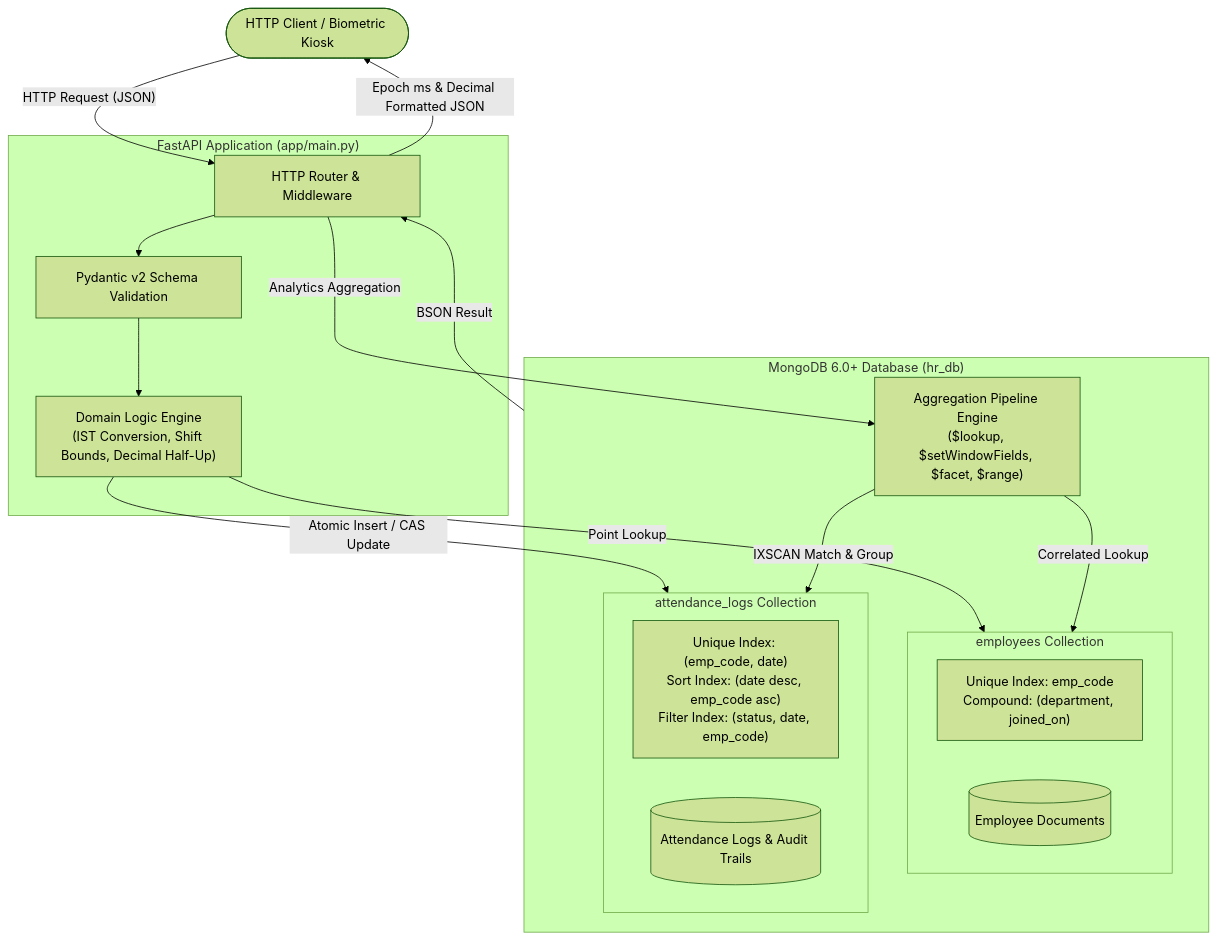
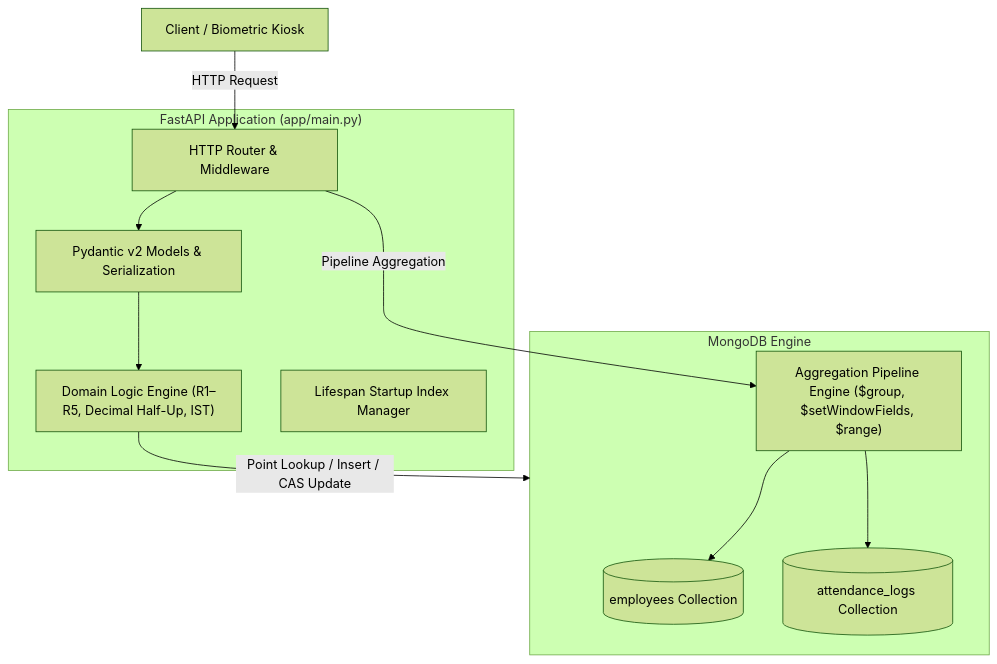
Before and after one commit to adisri19/chronexa: the first of 5 diagrams in README.md, drawn with Mermaid (forest theme). The commit also changed other lines of this file, not shown here.

Commit message:
docs: rewrite README with verified architecture, boundary rules, and benchmarks

````diff
--- a/README.md
+++ b/README.md
@@ -74,35 +179,25 @@
 ```mermaid
 flowchart TD
-    Client(["HTTP Client / Biometric Kiosk"])
-
-    subgraph FastAPI ["FastAPI Application (app/main.py)"]
+    Client["Client / Biometric Kiosk"]
+    
+    subgraph App ["FastAPI Application (app/main.py)"]
         Router["HTTP Router & Middleware"]
-        Validator["Pydantic v2 Schema Validation"]
-        Domain["Domain Logic Engine<br/>(IST Conversion, Shift Bounds, Decimal Half-Up)"]
+        Validation["Pydantic v2 Models & Serialization"]
+        Helpers["Domain Logic Engine (R1–R5, Decimal Half-Up, IST)"]
+        Lifespan["Lifespan Startup Index Manager"]
     end
-
-    subgraph MongoDB ["MongoDB 6.0+ Database (hr_db)"]
-        subgraph EmployeesColl ["employees Collection"]
-            EmpIdx["Unique Index: emp_code<br/>Compound: (department, joined_on)"]
-            EmpDoc[("Employee Documents")]
-        end
-
-        subgraph AttendanceColl ["attendance_logs Collection"]
-            AttIdx["Unique Index: (emp_code, date)<br/>Sort Index: (date desc, emp_code asc)<br/>Filter Index: (status, date, emp_code)"]
-            AttDoc[("Attendance Logs & Audit Trails")]
-        end
-
-        AggEngine["Aggregation Pipeline Engine<br/>($lookup, $setWindowFields, $facet, $range)"]
+    
+    subgraph Mongo ["MongoDB Engine"]
+        EmpColl[("employees Collection")]
+        AttColl[("attendance_logs Collection")]
+        AggPipeline["Aggregation Pipeline Engine ($group, $setWindowFields, $range)"]
     end
-
-    Client -->|"HTTP Request (JSON)"| Router
-    Router --> Validator
-    Validator --> Domain
-    Domain -->|"Atomic Insert / CAS Update"| AttendanceColl
-    Domain -->|"Point Lookup"| EmployeesColl
-    Router -->|"Analytics Aggregation"| AggEngine
-    AggEngine -->|"IXSCAN Match & Group"| AttendanceColl
-    AggEngine -->|"Correlated Lookup"| EmployeesColl
-    MongoDB -->|"BSON Result"| Router
-    Router -->|"Epoch ms & Decimal Formatted JSON"| Client
+    
+    Client -->|"HTTP Request"| Router
+    Router --> Validation
+    Validation --> Helpers
+    Helpers -->|"Point Lookup / Insert / CAS Update"| Mongo
+    Router -->|"Pipeline Aggregation"| AggPipeline
+    AggPipeline --> AttColl
+    AggPipeline --> EmpColl
 ```
````
